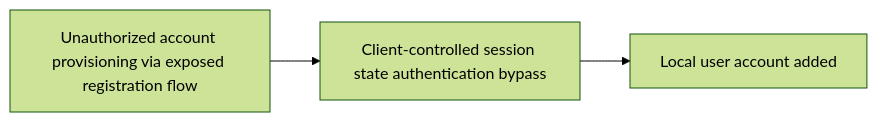
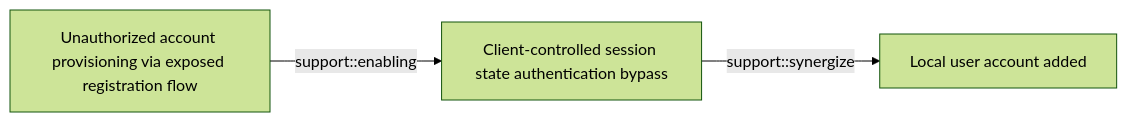
The first of 2 diagrams in docs/threats/unauthorized-account-provisioning-via-exposed-registration-flow.md (opentidehq/library), drawn with Mermaid (forest theme) before and after one commit. The commit also changed other lines of this file and 277 other files, not shown here.

````diff
--- a/docs/threats/unauthorized-account-provisioning-via-exposed-registration-flow.md
+++ b/docs/threats/unauthorized-account-provisioning-via-exposed-registration-flow.md
@@ -36,8 +70,8 @@
 ```mermaid
 flowchart LR
 3d7dada6_5f9d_4f67_952e_faa2ab794fde["Unauthorized account provisioning via exposed registration flow"]
 38adba1e_0961_4417_bd84_33fa9c42439f["Client-controlled session state authentication bypass"]
 e2d8ce6b_f21e_4444_a828_0c6b722a9c93["Local user account added"]
-3d7dada6_5f9d_4f67_952e_faa2ab794fde --> 38adba1e_0961_4417_bd84_33fa9c42439f
-38adba1e_0961_4417_bd84_33fa9c42439f --> e2d8ce6b_f21e_4444_a828_0c6b722a9c93
+3d7dada6_5f9d_4f67_952e_faa2ab794fde -->|support::enabling| 38adba1e_0961_4417_bd84_33fa9c42439f
+38adba1e_0961_4417_bd84_33fa9c42439f -->|support::synergize| e2d8ce6b_f21e_4444_a828_0c6b722a9c93
 ```
````
